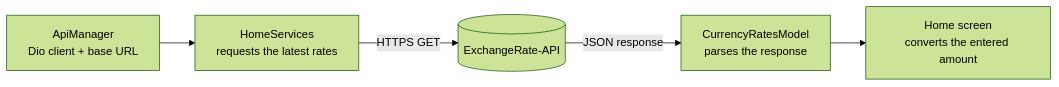
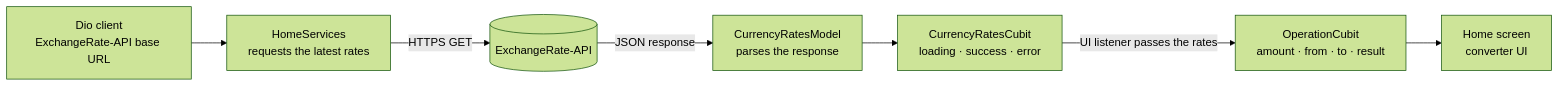
Before and after one commit to Amr4924/Sarraf: the first of 2 diagrams in README.md, drawn with Mermaid (forest theme). The commit also changed other lines of this file and 1 other file, not shown here.

````diff
--- a/README.md
+++ b/README.md
@@ -129,7 +153,9 @@
 ```mermaid
 flowchart LR
-    A["ApiManager<br/>Dio client + base URL"] --> B["HomeServices<br/>requests the latest rates"]
+    A["Dio client<br/>ExchangeRate-API base URL"] --> B["HomeServices<br/>requests the latest rates"]
     B -->|HTTPS GET| X[("ExchangeRate-API")]
     X -->|JSON response| C["CurrencyRatesModel<br/>parses the response"]
-    C --> D["Home screen<br/>converts the entered amount"]
+    C --> D["CurrencyRatesCubit<br/>loading · success · error"]
+    D -->|"UI listener passes the rates"| E["OperationCubit<br/>amount · from · to · result"]
+    E --> F["Home screen<br/>converter UI"]
 ```
````
